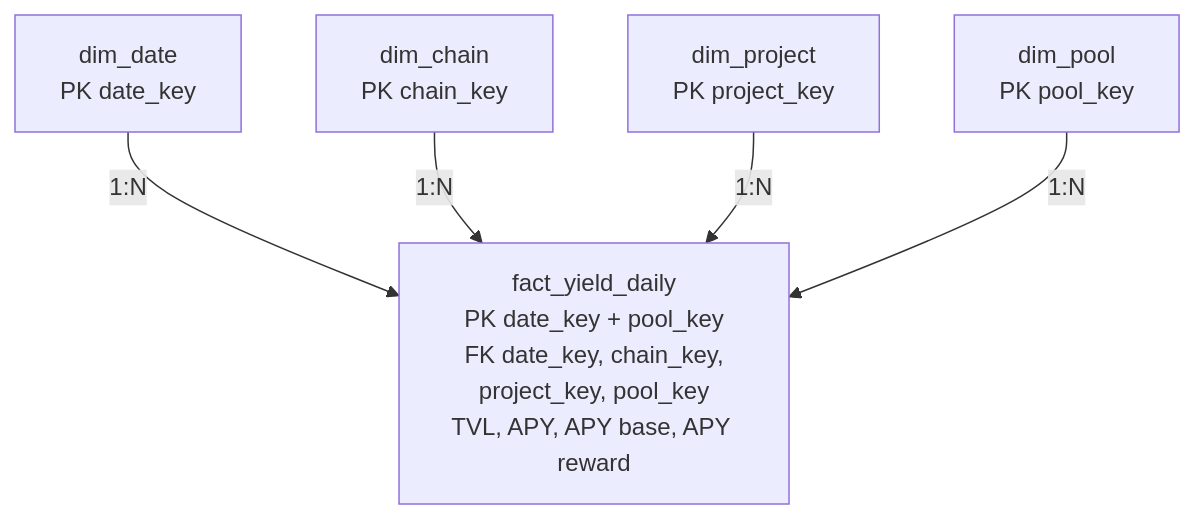
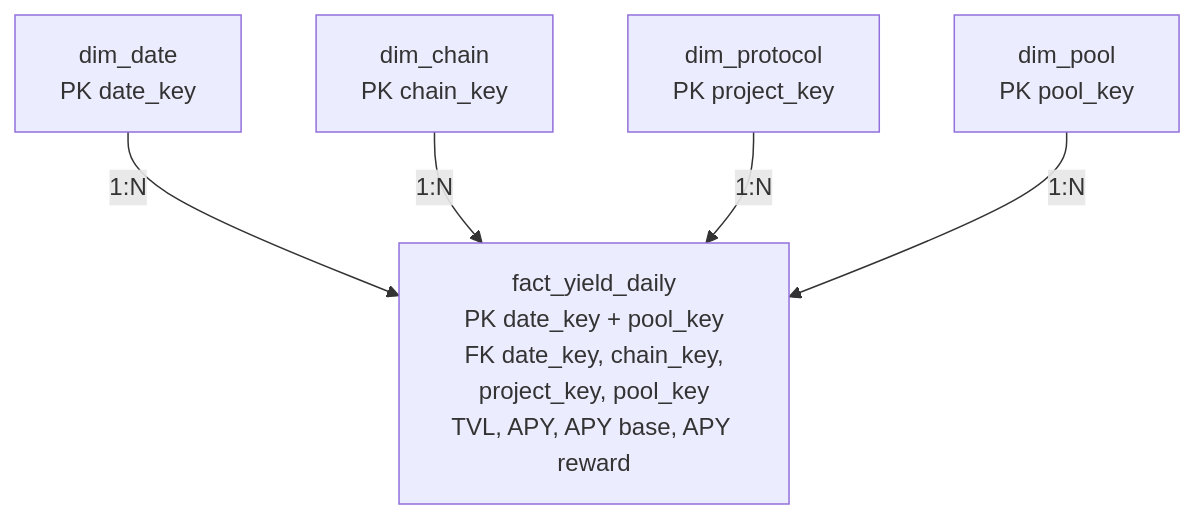
Before and after one commit to camel-lion-child/defi_pools: the second of 2 diagrams in README.md, drawn with Mermaid. The commit also changed other lines of this file, not shown here.

Commit message:
Rename dim_project to dim_protocol in README

````diff
--- a/README.md
+++ b/README.md
@@ -50,7 +50,7 @@
 ```mermaid
 flowchart TB
     D["dim_date<br/>PK date_key"] -->|"1:N"| F["fact_yield_daily<br/>PK date_key + pool_key<br/>FK date_key, chain_key,<br/>project_key, pool_key<br/>TVL, APY, APY base, APY reward"]
     C["dim_chain<br/>PK chain_key"] -->|"1:N"| F
-    P["dim_project<br/>PK project_key"] -->|"1:N"| F
+    P["dim_protocol<br/>PK project_key"] -->|"1:N"| F
     L["dim_pool<br/>PK pool_key"] -->|"1:N"| F
 ```
````
